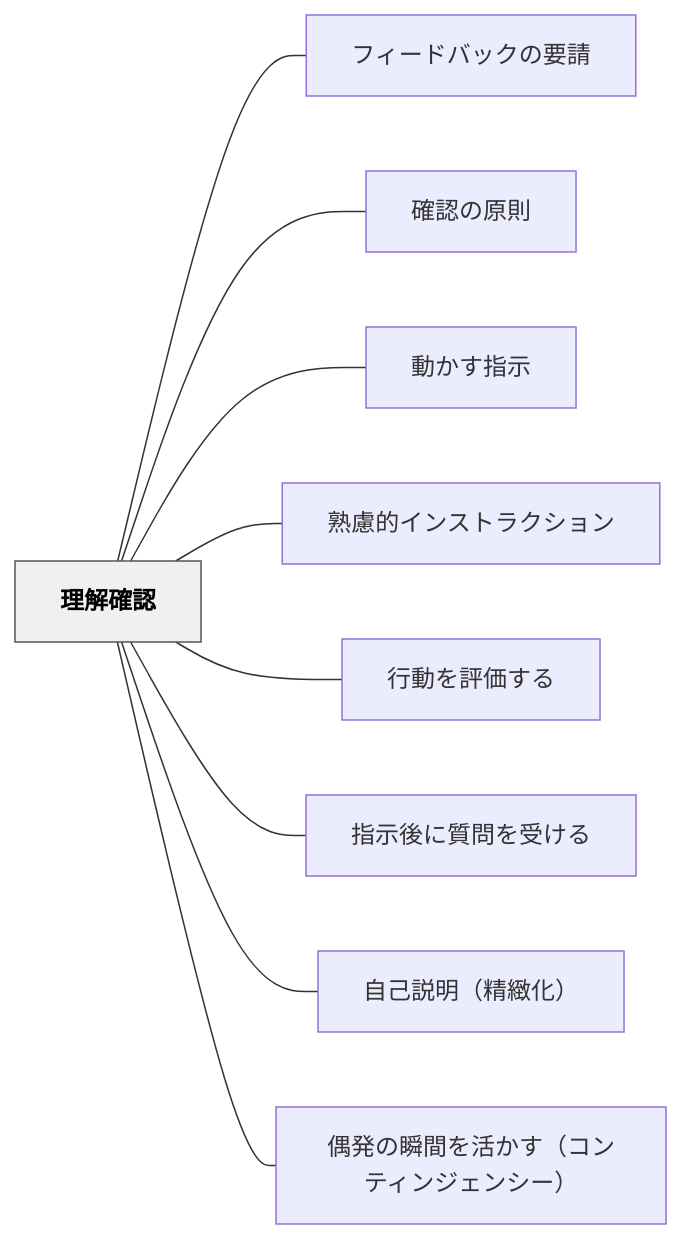
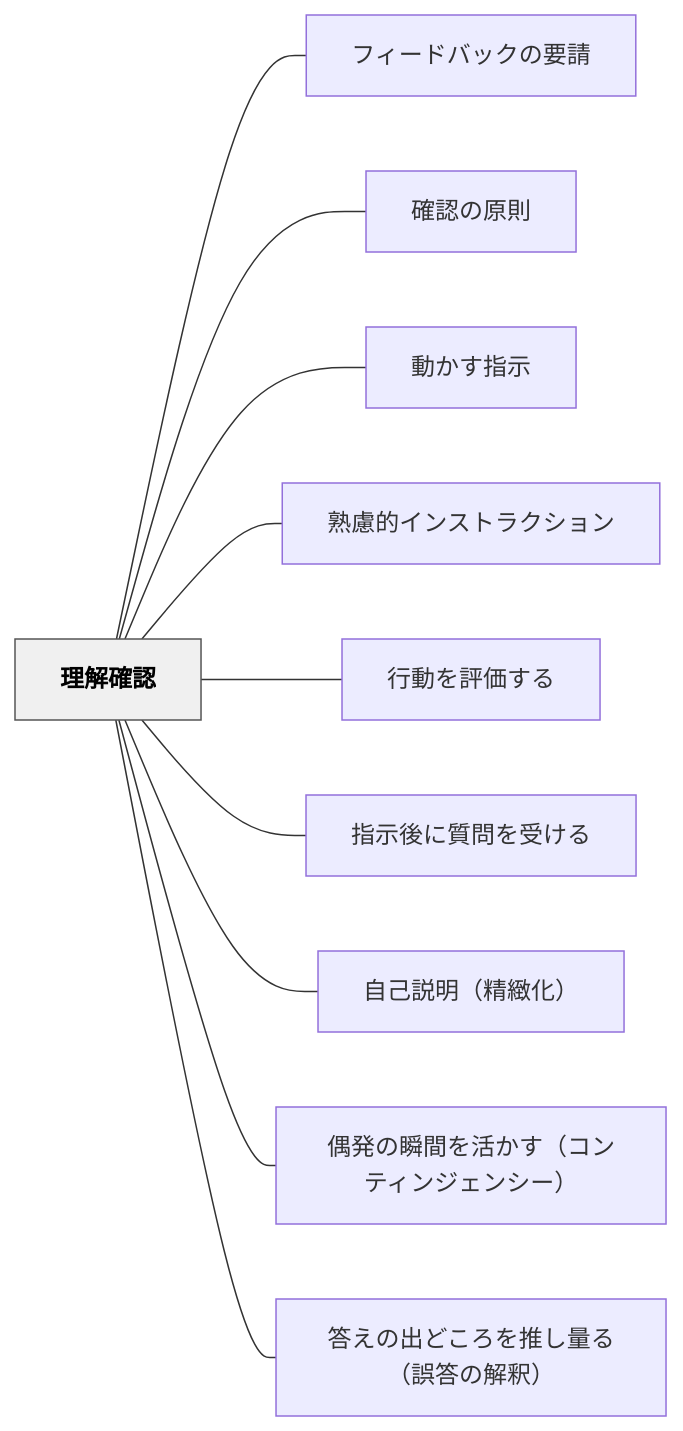
The diagram in content/パタン/理解確認.md (unknownthings-ed-patterns/unknownthings-ed-patterns), drawn with Mermaid before and after one commit. The commit also changed other lines of this file and 9 other files, not shown here.

````diff
--- a/content/パタン/理解確認.md
+++ b/content/パタン/理解確認.md
@@ -37,24 +37,26 @@
 ```mermaid
 flowchart LR
     ne79086e8a7a3e7a2bae8aa8d["理解確認"]
     ne38395e382a3e383bce38389e38390e38383e382afe381aee8a681e8ab8b["フィードバックの要請"]
     ne7a2bae8aa8de381aee58e9fe58987["確認の原則"]
     ne58b95e3818be38199e68c87e7a4ba["動かす指示"]
     ne7869fe685aee79a84e382a4e383b3e382b9e38388e383a9e382afe382b7e383a7e383b3["熟慮的インストラクション"]
     ne8a18ce58b95e38292e8a995e4bea1e38199e3828b["行動を評価する"]
     ne68c87e7a4bae5be8ce381abe8b3aae5958fe38292e58f97e38191e3828b["指示後に質問を受ける"]
     ne887aae5b7b1e8aaace6988eefbc88e7b2bee7b7bbe58c96efbc89["自己説明（精緻化）"]
     ne581b6e799bae381aee79eace99693e38292e6b4bbe3818be38199efbc88e382b3e383b3e38386e382a3e383b3e382b8e382a7e383b3e382b7e383bcefbc89["偶発の瞬間を活かす（コンティンジェンシー）"]
+    ne7ad94e38188e381aee587bae381a9e38193e3828de38292e68ea8e38197e9878fe3828befbc88e8aaa4e7ad94e381aee8a7a3e98788efbc89["答えの出どころを推し量る（誤答の解釈）"]
 
     ne79086e8a7a3e7a2bae8aa8d --- ne38395e382a3e383bce38389e38390e38383e382afe381aee8a681e8ab8b
     ne79086e8a7a3e7a2bae8aa8d --- ne7a2bae8aa8de381aee58e9fe58987
     ne79086e8a7a3e7a2bae8aa8d --- ne58b95e3818be38199e68c87e7a4ba
     ne79086e8a7a3e7a2bae8aa8d --- ne7869fe685aee79a84e382a4e383b3e382b9e38388e383a9e382afe382b7e383a7e383b3
     ne79086e8a7a3e7a2bae8aa8d --- ne8a18ce58b95e38292e8a995e4bea1e38199e3828b
     ne79086e8a7a3e7a2bae8aa8d --- ne68c87e7a4bae5be8ce381abe8b3aae5958fe38292e58f97e38191e3828b
     ne79086e8a7a3e7a2bae8aa8d --- ne887aae5b7b1e8aaace6988eefbc88e7b2bee7b7bbe58c96efbc89
     ne79086e8a7a3e7a2bae8aa8d --- ne581b6e799bae381aee79eace99693e38292e6b4bbe3818be38199efbc88e382b3e383b3e38386e382a3e383b3e382b8e382a7e383b3e382b7e383bcefbc89
+    ne79086e8a7a3e7a2bae8aa8d --- ne7ad94e38188e381aee587bae381a9e38193e3828de38292e68ea8e38197e9878fe3828befbc88e8aaa4e7ad94e381aee8a7a3e98788efbc89
 
     classDef hub fill:#f0f0f0,stroke:#555,color:#000,font-weight:bold
     class ne79086e8a7a3e7a2bae8aa8d hub
 ```
````
